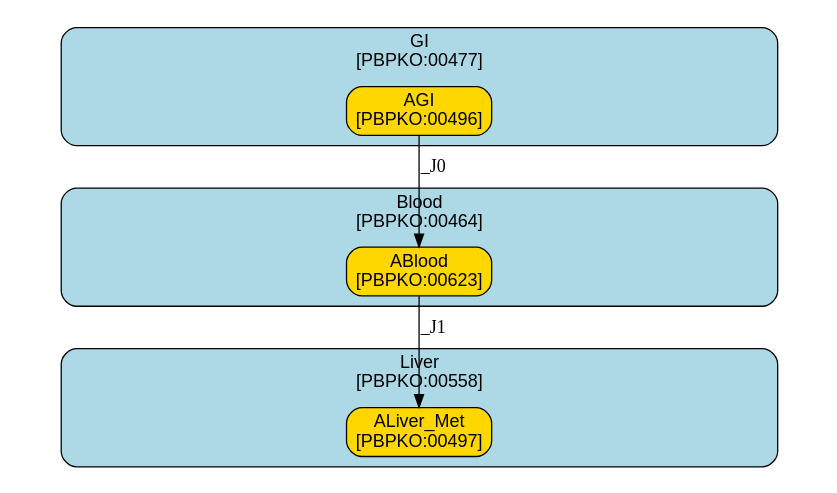
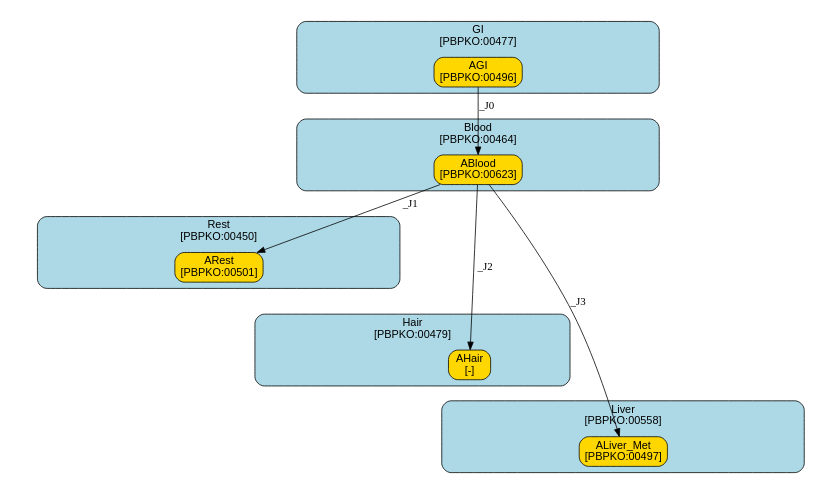
One commit to fair-pbk/exposure-route-pbk-models changed the diagram in models/oral/Heavy Metals/Carrier2001/summary.dot. Above: the diagram before and after it, drawn with Graphviz. The commit also changed 174 other files, not shown here.

```diff
--- a/models/oral/Heavy Metals/Carrier2001/summary.dot
+++ b/models/oral/Heavy Metals/Carrier2001/summary.dot
@@ -1,64 +1,104 @@
 digraph {
 	graph [ratio=fill,
 		size="7,4"
 	];
 	node [fontname=Arial];
 	subgraph cluster_GI {
 		graph [color=black,
 			fillcolor=lightblue,
 			fontname=Arial,
 			href="#compartment-GI",
 			label="GI
 [PBPKO:00477]",
 			shape=box,
 			style="filled,rounded"
 		];
 		AGI	[color=black,
 			fillcolor=gold,
 			href="#species-AGI",
 			label="AGI
 [PBPKO:00496]",
 			shape=box,
 			style="filled,rounded"];
 	}
+	subgraph cluster_Blood {
+		graph [color=black,
+			fillcolor=lightblue,
+			fontname=Arial,
+			href="#compartment-Blood",
+			label="Blood
+[PBPKO:00464]",
+			shape=box,
+			style="filled,rounded"
+		];
+		ABlood	[color=black,
+			fillcolor=gold,
+			href="#species-ABlood",
+			label="ABlood
+[PBPKO:00623]",
+			shape=box,
+			style="filled,rounded"];
+	}
+	subgraph cluster_Rest {
+		graph [color=black,
+			fillcolor=lightblue,
+			fontname=Arial,
+			href="#compartment-Rest",
+			label="Rest
+[PBPKO:00450]",
+			shape=box,
+			style="filled,rounded"
+		];
+		ARest	[color=black,
+			fillcolor=gold,
+			href="#species-ARest",
+			label="ARest
+[PBPKO:00501]",
+			shape=box,
+			style="filled,rounded"];
+	}
+	subgraph cluster_Hair {
+		graph [color=black,
+			fillcolor=lightblue,
+			fontname=Arial,
+			href="#compartment-Hair",
+			label="Hair
+[PBPKO:00479]",
+			shape=box,
+			style="filled,rounded"
+		];
+		AHair	[color=black,
+			fillcolor=gold,
+			href="#species-AHair",
+			label="AHair
+[-]",
+			shape=box,
+			style="filled,rounded"];
+	}
 	subgraph cluster_Liver {
 		graph [color=black,
 			fillcolor=lightblue,
 			fontname=Arial,
 			href="#compartment-Liver",
 			label="Liver
 [PBPKO:00558]",
 			shape=box,
 			style="filled,rounded"
 		];
 		ALiver_Met	[color=black,
 			fillcolor=gold,
 			href="#species-ALiver_Met",
 			label="ALiver_Met
 [PBPKO:00497]",
 			shape=box,
 			style="filled,rounded"];
 	}
-	subgraph cluster_Blood {
-		graph [color=black,
-			fillcolor=lightblue,
-			fontname=Arial,
-			href="#compartment-Blood",
-			label="Blood
-[PBPKO:00464]",
-			shape=box,
-			style="filled,rounded"
-		];
-		ABlood	[color=black,
-			fillcolor=gold,
-			href="#species-ABlood",
-			label="ABlood
-[PBPKO:00623]",
-			shape=box,
-			style="filled,rounded"];
-	}
 	AGI -> ABlood	[label=_J0,
 		minlen=1];
-	ABlood -> ALiver_Met	[label=_J1,
+	ABlood -> ARest	[label=_J1,
 		minlen=1];
+	ABlood -> AHair	[label=_J2,
+		minlen=2];
+	ABlood -> ALiver_Met	[label=_J3,
+		minlen=3];
 }
```
